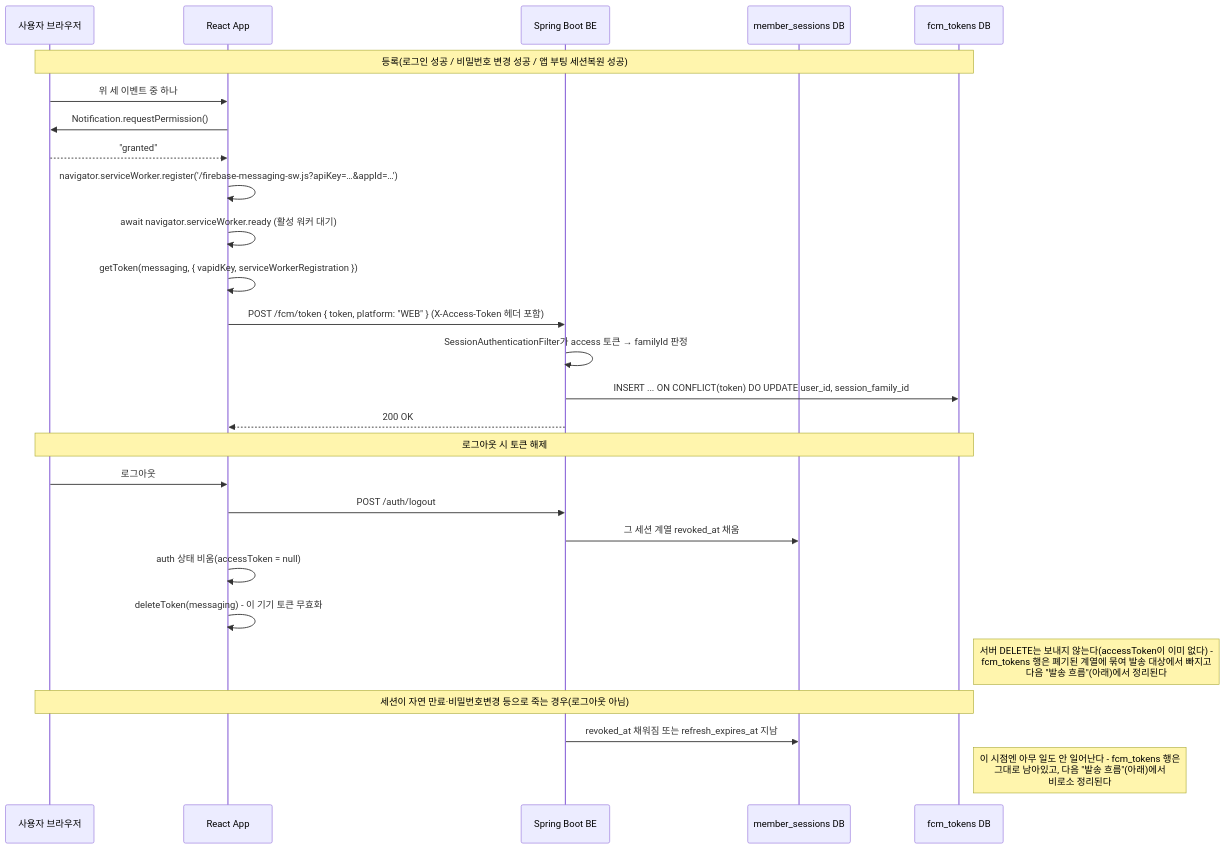
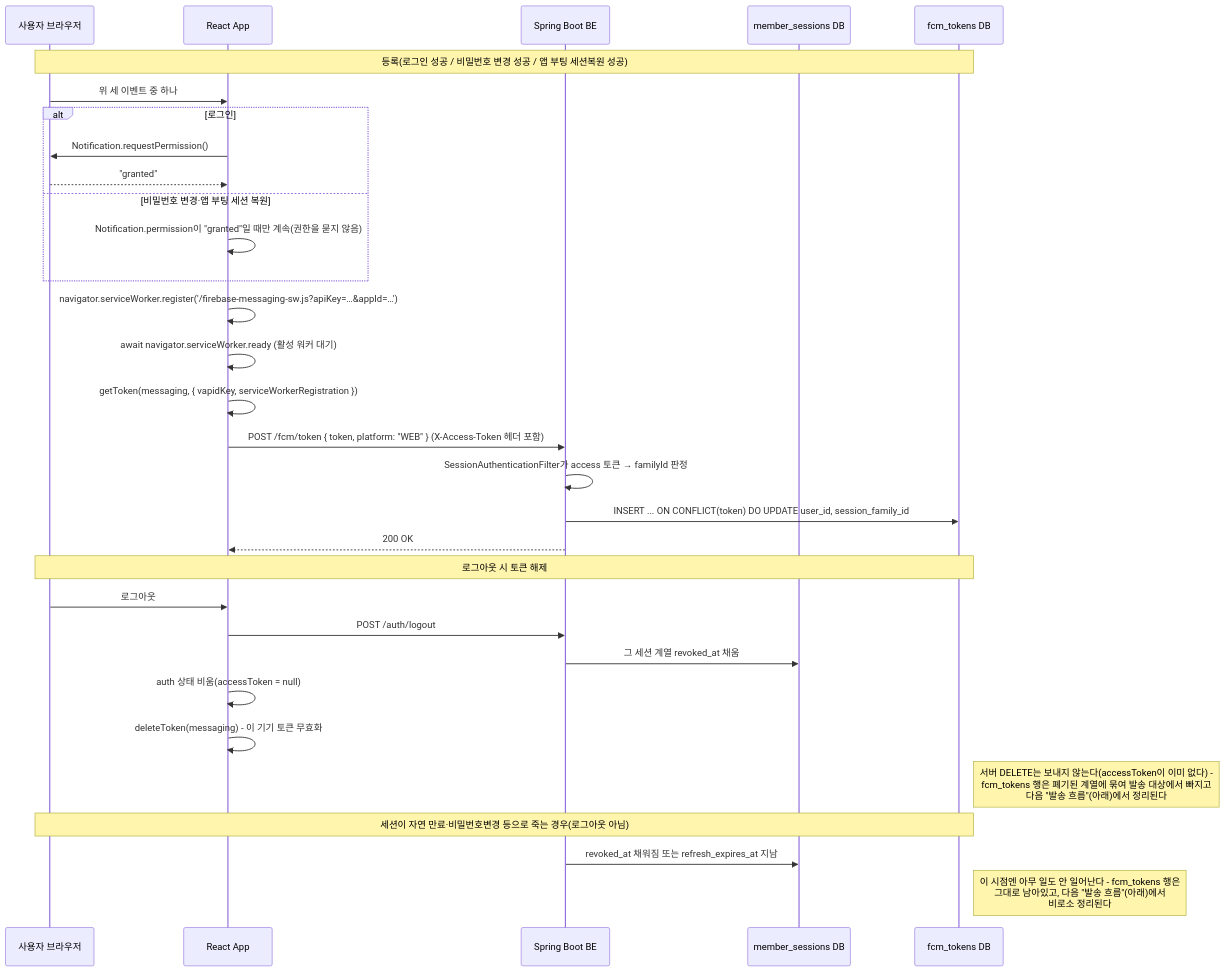
The second of 3 diagrams in docs/FCM-PUSH-NOTIFICATION.md (BAECHAN/link-sphere_FE_NEW), drawn with Mermaid before and after one commit. The commit also changed other lines of this file and 7 other files, not shown here.

````diff
--- a/docs/FCM-PUSH-NOTIFICATION.md
+++ b/docs/FCM-PUSH-NOTIFICATION.md
@@ -130,32 +130,36 @@
 ```mermaid
 sequenceDiagram
   participant User as 사용자 브라우저
   participant FE as React App
   participant BE as Spring Boot BE
   participant SessDB as member_sessions DB
   participant DB as fcm_tokens DB
 
   Note over User,DB: 등록(로그인 성공 / 비밀번호 변경 성공 / 앱 부팅 세션복원 성공)
   User->>FE: 위 세 이벤트 중 하나
-  FE->>User: Notification.requestPermission()
-  User-->>FE: "granted"
+  alt 로그인
+    FE->>User: Notification.requestPermission()
+    User-->>FE: "granted"
+  else 비밀번호 변경·앱 부팅 세션 복원
+    FE->>FE: Notification.permission이 "granted"일 때만 계속(권한을 묻지 않음)
+  end
   FE->>FE: navigator.serviceWorker.register('/firebase-messaging-sw.js?apiKey=…&appId=…')
   FE->>FE: await navigator.serviceWorker.ready (활성 워커 대기)
   FE->>FE: getToken(messaging, { vapidKey, serviceWorkerRegistration })
   FE->>BE: POST /fcm/token { token, platform: "WEB" } (X-Access-Token 헤더 포함)
   BE->>BE: SessionAuthenticationFilter가 access 토큰 → familyId 판정
   BE->>DB: INSERT ... ON CONFLICT(token) DO UPDATE user_id, session_family_id
   BE-->>FE: 200 OK
 
   Note over User,DB: 로그아웃 시 토큰 해제
   User->>FE: 로그아웃
   FE->>BE: POST /auth/logout
   BE->>SessDB: 그 세션 계열 revoked_at 채움
   FE->>FE: auth 상태 비움(accessToken = null)
   FE->>FE: deleteToken(messaging) - 이 기기 토큰 무효화
   Note right of DB: 서버 DELETE는 보내지 않는다(accessToken이 이미 없다) -<br/>fcm_tokens 행은 폐기된 계열에 묶여 발송 대상에서 빠지고<br/>다음 "발송 흐름"(아래)에서 정리된다
 
   Note over User,DB: 세션이 자연 만료·비밀번호변경 등으로 죽는 경우(로그아웃 아님)
   BE->>SessDB: revoked_at 채워짐 또는 refresh_expires_at 지남
   Note right of DB: 이 시점엔 아무 일도 안 일어난다 - fcm_tokens 행은<br/>그대로 남아있고, 다음 "발송 흐름"(아래)에서<br/>비로소 정리된다
 ```
````
